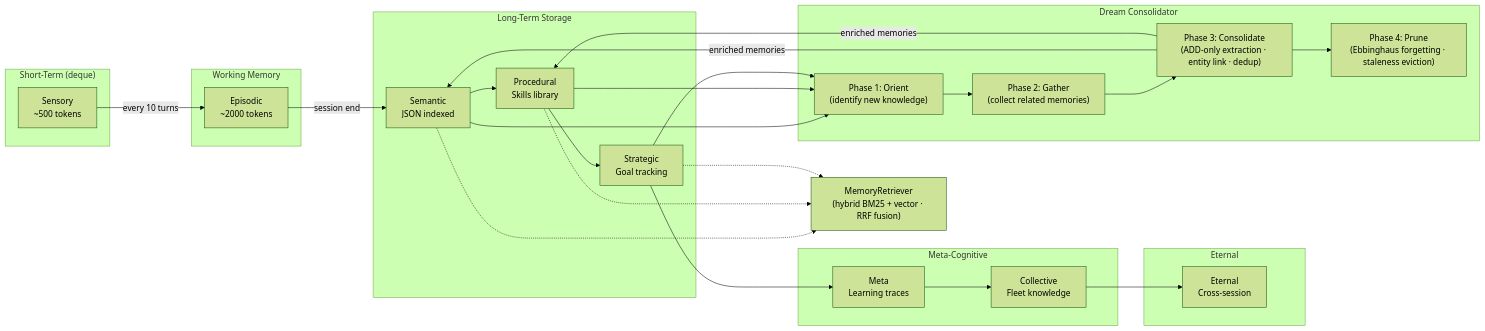
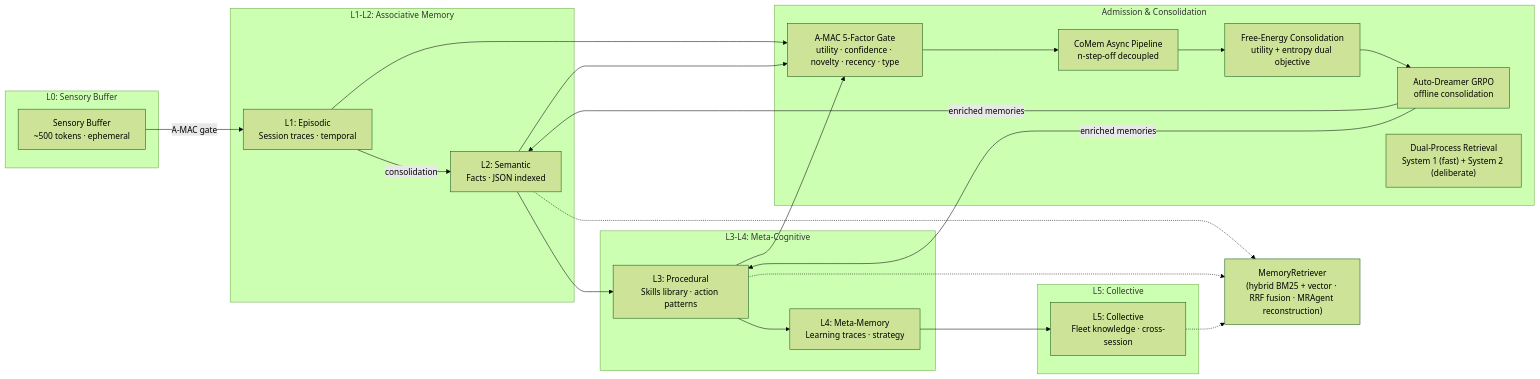
One commit to ndqkhanh/lyra changed the third of 6 diagrams in README.md. Above: the diagram before and after it, drawn with Mermaid (forest theme). The commit also changed other lines of this file and 553 other files, not shown here.

First line of the commit message:
feat: Phase 5.4 — Production consolidation (UI components, provider routing, continual learning, production hardening, model router v2)

````diff
--- a/README.md
+++ b/README.md
@@ -180,49 +180,43 @@
 ```mermaid
 graph LR
-    subgraph "Short-Term (deque)"
-        STM["Sensory<br/>~500 tokens"]
+    subgraph "L0: Sensory Buffer"
+        STM["Sensory Buffer<br/>~500 tokens · ephemeral"]
     end
 
-    subgraph "Working Memory"
-        WM["Episodic<br/>~2000 tokens"]
+    subgraph "L1-L2: Associative Memory"
+        WM["L1: Episodic<br/>Session traces · temporal"]
+        SM["L2: Semantic<br/>Facts · JSON indexed"]
     end
 
-    subgraph "Long-Term Storage"
-        SM["Semantic<br/>JSON indexed"]
-        PM["Procedural<br/>Skills library"]
-        STM2["Strategic<br/>Goal tracking"]
+    subgraph "L3-L4: Meta-Cognitive"
+        PM["L3: Procedural<br/>Skills library · action patterns"]
+        MM["L4: Meta-Memory<br/>Learning traces · strategy"]
     end
 
-    subgraph "Meta-Cognitive"
-        MM["Meta<br/>Learning traces"]
-        CM["Collective<br/>Fleet knowledge"]
+    subgraph "L5: Collective"
+        CM["L5: Collective<br/>Fleet knowledge · cross-session"]
     end
 
-    subgraph "Eternal"
-        EM["Eternal<br/>Cross-session"]
+    subgraph "Admission & Consolidation"
+        AMAC["A-MAC 5-Factor Gate<br/>utility · confidence · novelty · recency · type"]
+        DC1["CoMem Async Pipeline<br/>n-step-off decoupled"]
+        DC2["Free-Energy Consolidation<br/>utility + entropy dual objective"]
+        DC3["Auto-Dreamer GRPO<br/>offline consolidation"]
+        DC4["Dual-Process Retrieval<br/>System 1 (fast) + System 2 (deliberate)"]
     end
 
-    subgraph "Dream Consolidator"
-        DC1["Phase 1: Orient<br/>(identify new knowledge)"]
-        DC2["Phase 2: Gather<br/>(collect related memories)"]
-        DC3["Phase 3: Consolidate<br/>(ADD-only extraction · entity link · dedup)"]
-        DC4["Phase 4: Prune<br/>(Ebbinghaus forgetting · staleness eviction)"]
-    end
+    STM -->|"A-MAC gate"| WM
+    WM -->|"consolidation"| SM
+    SM --> PM
+    PM --> MM
+    MM --> CM
 
-    STM -->|"every 10 turns"| WM
-    WM -->|"session end"| SM
-    SM --> PM
-    PM --> STM2
-    STM2 --> MM
-    MM --> CM
-    CM --> EM
-
-    SM & PM & STM2 --> DC1
-    DC1 --> DC2 --> DC3 --> DC4
+    WM & SM & PM --> AMAC
+    AMAC --> DC1 --> DC2 --> DC3
     DC3 -->|"enriched memories"| SM & PM
 
-    MR["MemoryRetriever<br/>(hybrid BM25 + vector · RRF fusion)"]
+    MR["MemoryRetriever<br/>(hybrid BM25 + vector · RRF fusion · MRAgent reconstruction)"]
     SM -.-> MR
     PM -.-> MR
-    STM2 -.-> MR
+    CM -.-> MR
 ```
````
